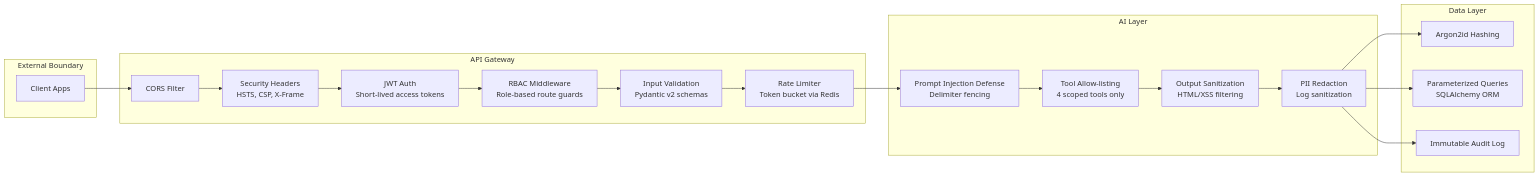
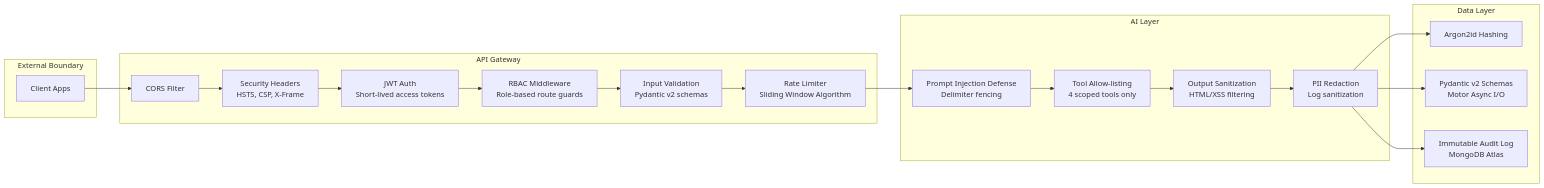
The fifth of 6 diagrams in ARCHITECTURE.md (9059Rohith/ADR), drawn with Mermaid before and after one commit. The commit also changed other lines of this file and 25 other files, not shown here.

Commit message:
feat: migrate AI provider to Groq LPU and database to MongoDB Atlas

````diff
--- a/ARCHITECTURE.md
+++ b/ARCHITECTURE.md
@@ -166,34 +166,34 @@
 ```mermaid
 flowchart LR
     subgraph External ["External Boundary"]
         Client["Client Apps"]
     end
 
     subgraph Gateway ["API Gateway"]
         CORS["CORS Filter"]
         Headers["Security Headers<br/>HSTS, CSP, X-Frame"]
         Auth["JWT Auth<br/>Short-lived access tokens"]
         RBAC["RBAC Middleware<br/>Role-based route guards"]
         Validate["Input Validation<br/>Pydantic v2 schemas"]
-        RateLimit["Rate Limiter<br/>Token bucket via Redis"]
+        RateLimit["Rate Limiter<br/>Sliding Window Algorithm"]
     end
 
     subgraph AI ["AI Layer"]
         PromptFence["Prompt Injection Defense<br/>Delimiter fencing"]
         ToolAllow["Tool Allow-listing<br/>4 scoped tools only"]
         OutputSanitize["Output Sanitization<br/>HTML/XSS filtering"]
         PIIRedact["PII Redaction<br/>Log sanitization"]
     end
 
     subgraph Data ["Data Layer"]
         Argon["Argon2id Hashing"]
-        Parameterized["Parameterized Queries<br/>SQLAlchemy ORM"]
-        AuditLog["Immutable Audit Log"]
+        PydanticSchemas["Pydantic v2 Schemas<br/>Motor Async I/O"]
+        AuditLog["Immutable Audit Log<br/>MongoDB Atlas"]
     end
 
     Client --> CORS --> Headers --> Auth --> RBAC --> Validate --> RateLimit
     RateLimit --> PromptFence --> ToolAllow --> OutputSanitize --> PIIRedact
     PIIRedact --> Argon
-    PIIRedact --> Parameterized
+    PIIRedact --> PydanticSchemas
     PIIRedact --> AuditLog
 ```
````
